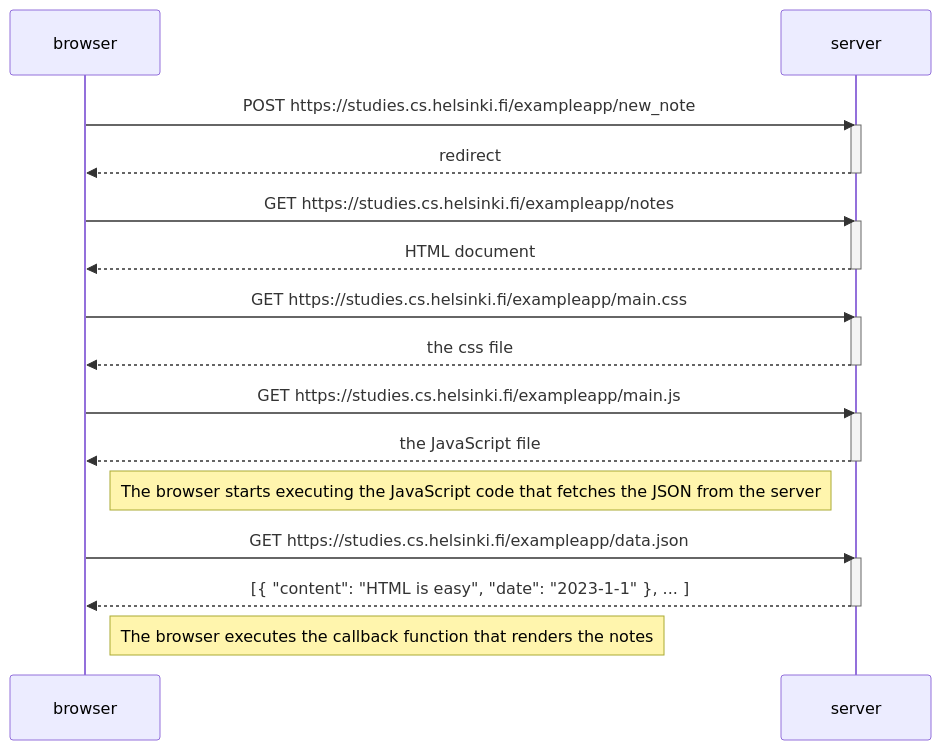
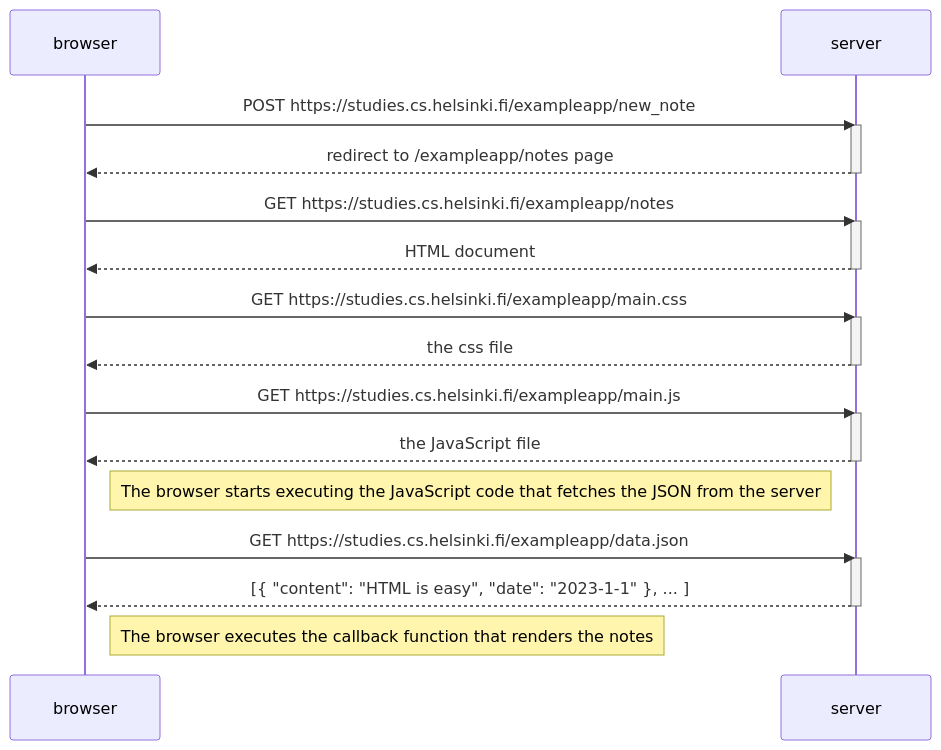
Before and after one commit to NichiladeMel/fullstackopen: the diagram in newNote.mmd, drawn with Mermaid.

Commit message:
Clarify redirect message in newNote.mmd

```diff
--- a/newNote.mmd
+++ b/newNote.mmd
@@ -1,32 +1,32 @@
 sequenceDiagram
     participant browser
     participant server
 
     browser->>server: POST https://studies.cs.helsinki.fi/exampleapp/new_note
     activate server
-    server-->>browser: redirect
+    server-->>browser: redirect to  /exampleapp/notes page
     deactivate server
 
     browser->>server: GET https://studies.cs.helsinki.fi/exampleapp/notes
     activate server
     server-->>browser: HTML document
     deactivate server
 
     browser->>server: GET https://studies.cs.helsinki.fi/exampleapp/main.css
     activate server
     server-->>browser: the css file
     deactivate server
 
     browser->>server: GET https://studies.cs.helsinki.fi/exampleapp/main.js
     activate server
     server-->>browser: the JavaScript file
     deactivate server
 
     Note right of browser: The browser starts executing the JavaScript code that fetches the JSON from the server
 
     browser->>server: GET https://studies.cs.helsinki.fi/exampleapp/data.json
     activate server
     server-->>browser: [{ "content": "HTML is easy", "date": "2023-1-1" }, ... ]
     deactivate server
 
     Note right of browser: The browser executes the callback function that renders the notes
```
